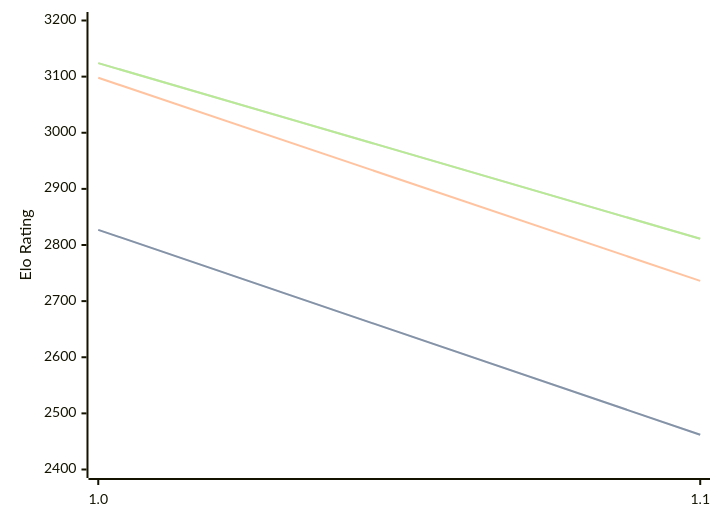
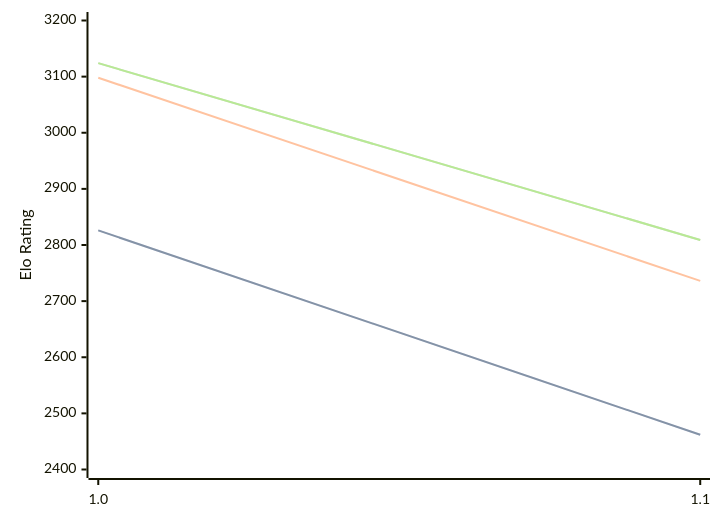
One commit to computer-chess-index/cci changed the diagram in engines/Publius.md. Above: the diagram before and after it, drawn with Mermaid. The commit also changed other lines of this file, not shown here.

Commit message:
Update CCI Ratings (ELO VLTC) - 2026-08-03

````diff
--- a/engines/Publius.md
+++ b/engines/Publius.md
@@ -32,11 +32,11 @@
 ```mermaid
 %%{init: {"theme":"base","themeVariables":{"seriesColors:['#a3a3a3','#222221','#faa371']}}}%%
 xychart-beta
   x-axis ["1.0", "1.1"]
   y-axis "Elo Rating" 2400 --> 3200
-  line "STC (8.0+0.08s)" [2827, 2462]
-  line "STC (8.0+0.08s)" [2827, 2462]
+  line "STC (8.0+0.08s)" [2826, 2462]
+  line "STC (8.0+0.08s)" [2826, 2462]
   line "LTC (60.0+0.60s)" [3098, 2736]
-  line "VLTC (2m24s+1.12s)" [3124, 2811]
-  line "VLTC (2m24s+1.12s)" [3124, 2811]
+  line "VLTC (2m24s+1.12s)" [3124, 2809]
+  line "VLTC (2m24s+1.12s)" [3124, 2809]
 ```
````
